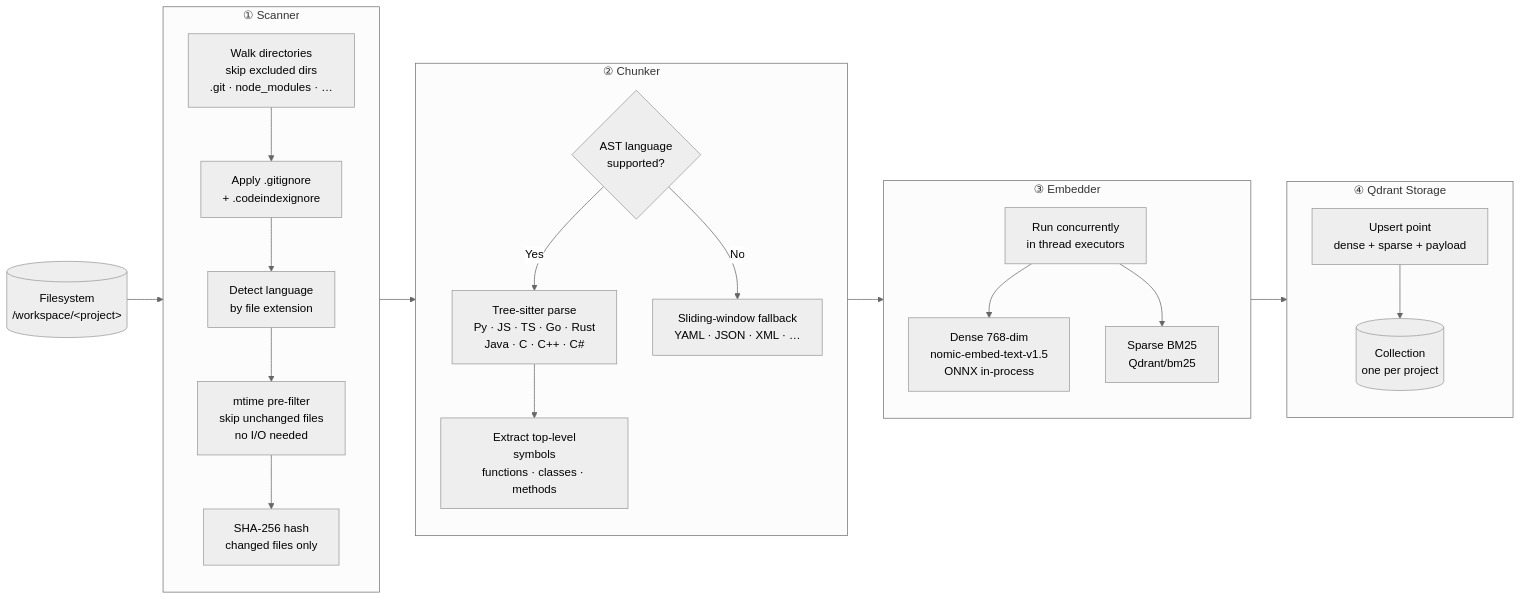
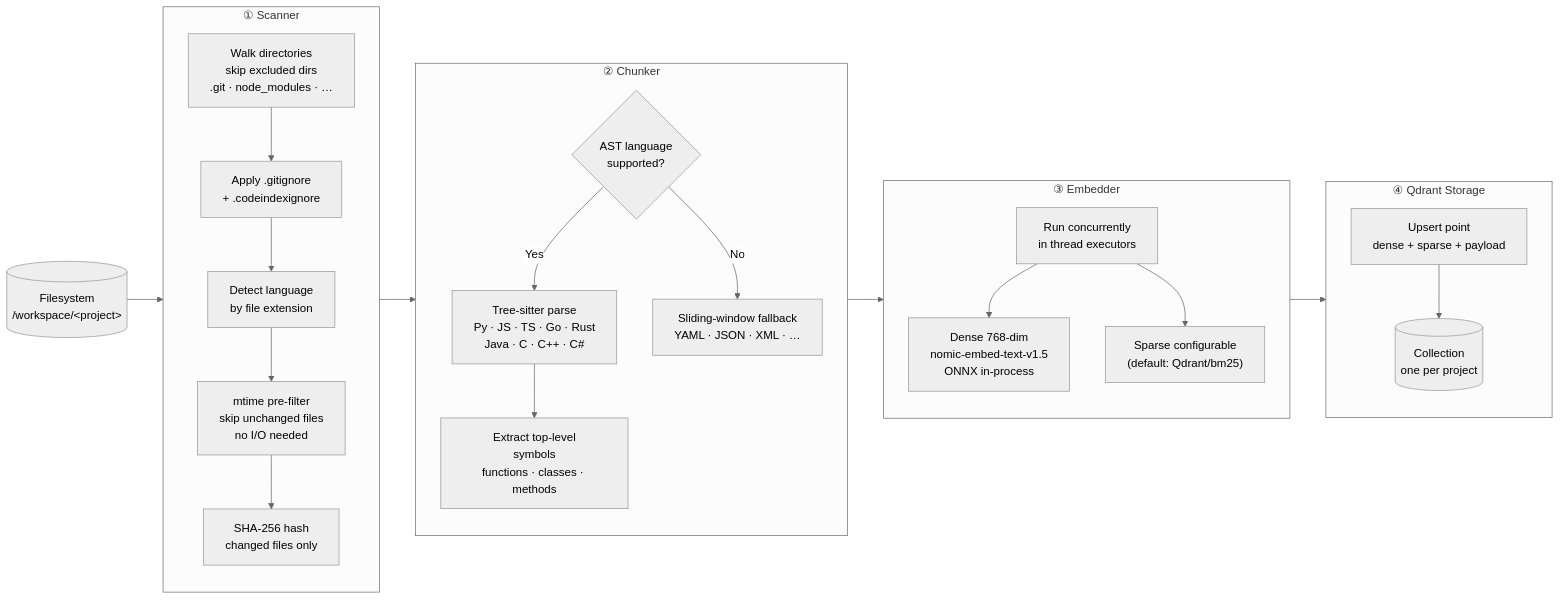
Before and after one commit to Tusquito/codebase-indexer-mcp: the second of 3 diagrams in README.md, drawn with Mermaid (neutral theme). The commit also changed other lines of this file and 11 other files, not shown here.

````diff
--- a/README.md
+++ b/README.md
@@ -143,41 +143,41 @@
 ```mermaid
 flowchart LR
     FS[("Filesystem\n/workspace/&lt;project&gt;")]
 
     subgraph S1["① Scanner"]
         direction TB
         sc1["Walk directories\nskip excluded dirs\n.git · node_modules · …"]
         sc2["Apply .gitignore\n+ .codeindexignore"]
         sc3["Detect language\nby file extension"]
         sc4["mtime pre-filter\nskip unchanged files\nno I/O needed"]
         sc5["SHA-256 hash\nchanged files only"]
         sc1 --> sc2 --> sc3 --> sc4 --> sc5
     end
 
     subgraph S2["② Chunker"]
         direction TB
         ch1{"AST language\nsupported?"}
         ch2["Tree-sitter parse\nPy · JS · TS · Go · Rust\nJava · C · C++ · C#"]
         ch3["Extract top-level\nsymbols\nfunctions · classes · methods"]
         ch4["Sliding-window fallback\nYAML · JSON · XML · …"]
         ch1 -- "Yes" --> ch2 --> ch3
         ch1 -- "No" --> ch4
     end
 
     subgraph S3["③ Embedder"]
         direction TB
         em3["Run concurrently\nin thread executors"]
         em1["Dense  768-dim\nnomic-embed-text-v1.5\nONNX in-process"]
-        em2["Sparse  BM25\nQdrant/bm25"]
+        em2["Sparse  configurable\n(default: Qdrant/bm25)"]
         em3 --> em1 & em2
     end
 
     subgraph S4["④ Qdrant Storage"]
         direction TB
         st1["Upsert point\ndense + sparse + payload"]
         st2[("Collection\none per project")]
         st1 --> st2
     end
 
     FS --> S1 --> S2 --> S3 --> S4
 ```
````
